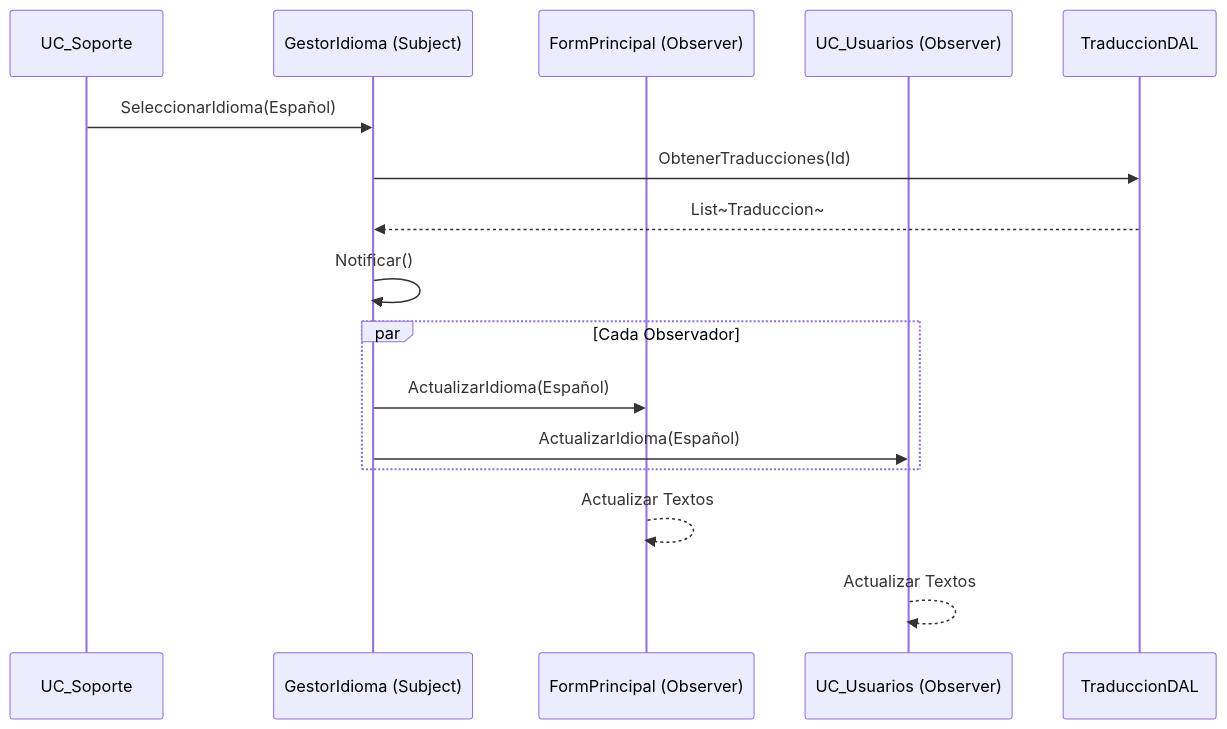
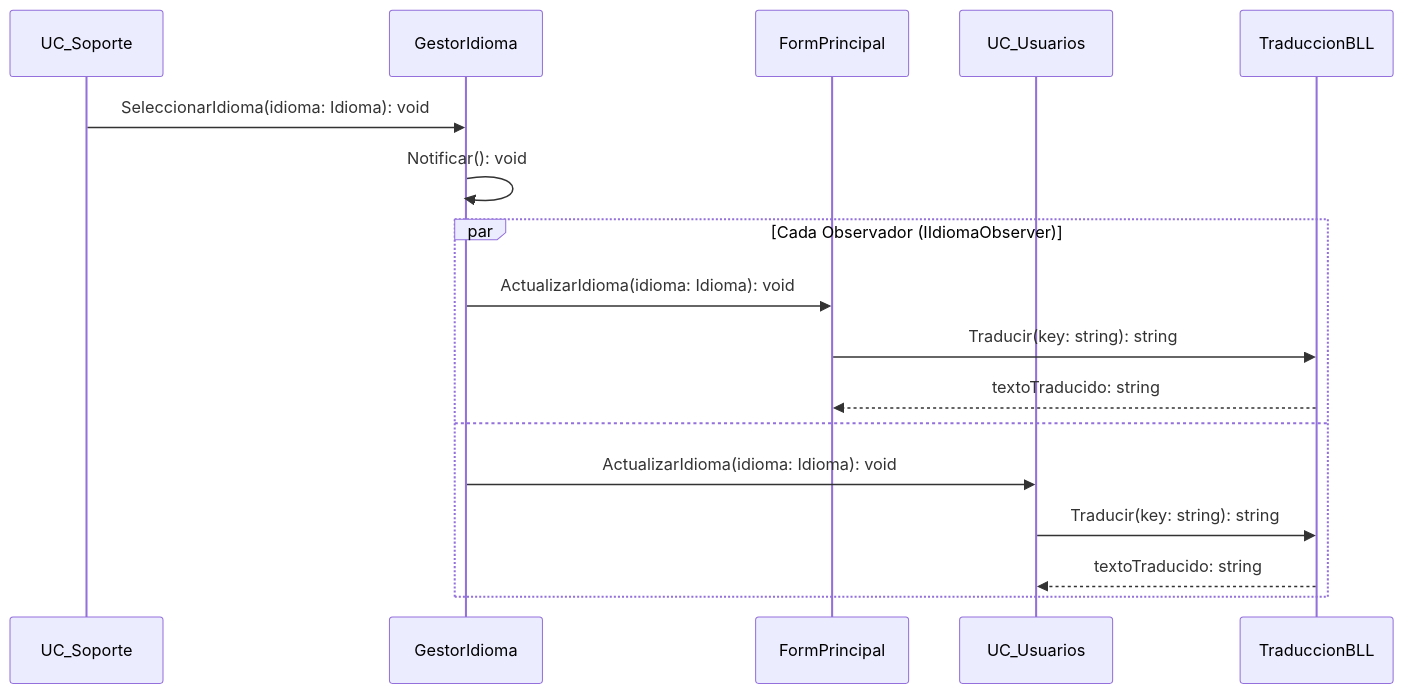
One commit to condenl/Trabajo-Practico-Final changed diagram 18 of 19 in Documentacion/Carpeta_Documentacion.md. Above: the diagram before and after it, drawn with Mermaid. The commit also changed other lines of this file and 3 other files, not shown here.

Commit message:
Cambios: + Diagramas de clase - indicar todos los metodos + DS incluir firmas + Agregar alta de idioma DS + Agregar idioma y cerrar sesion, reflejar cambios + Mantener el idioma seleccionado

````diff
--- a/Documentacion/Carpeta_Documentacion.md
+++ b/Documentacion/Carpeta_Documentacion.md
@@ -2465,19 +2561,21 @@
 ```mermaid
 sequenceDiagram
     participant UI as UC_Soporte
-    participant Gst as GestorIdioma (Subject)
-    participant Form as FormPrincipal (Observer)
-    participant Ctrl as UC_Usuarios (Observer)
-    participant DAL as TraduccionDAL
+    participant Gst as GestorIdioma
+    participant Form as FormPrincipal
+    participant Ctrl as UC_Usuarios
+    participant BLL as TraduccionBLL
 
-    UI->>Gst: SeleccionarIdioma(Español)
-    Gst->>DAL: ObtenerTraducciones(Id)
-    DAL-->>Gst: List~Traduccion~
-    Gst->>Gst: Notificar()
-    par Cada Observador
-        Gst->>Form: ActualizarIdioma(Español)
-        Gst->>Ctrl: ActualizarIdioma(Español)
+    UI->>Gst: SeleccionarIdioma(idioma: Idioma): void
+    Gst->>Gst: Notificar(): void
+    
+    par Cada Observador (IIdiomaObserver)
+        Gst->>Form: ActualizarIdioma(idioma: Idioma): void
+        Form->>BLL: Traducir(key: string): string
+        BLL-->>Form: textoTraducido: string
+    and
+        Gst->>Ctrl: ActualizarIdioma(idioma: Idioma): void
+        Ctrl->>BLL: Traducir(key: string): string
+        BLL-->>Ctrl: textoTraducido: string
     end
-    Form-->>Form: Actualizar Textos
-    Ctrl-->>Ctrl: Actualizar Textos
 ```
````
